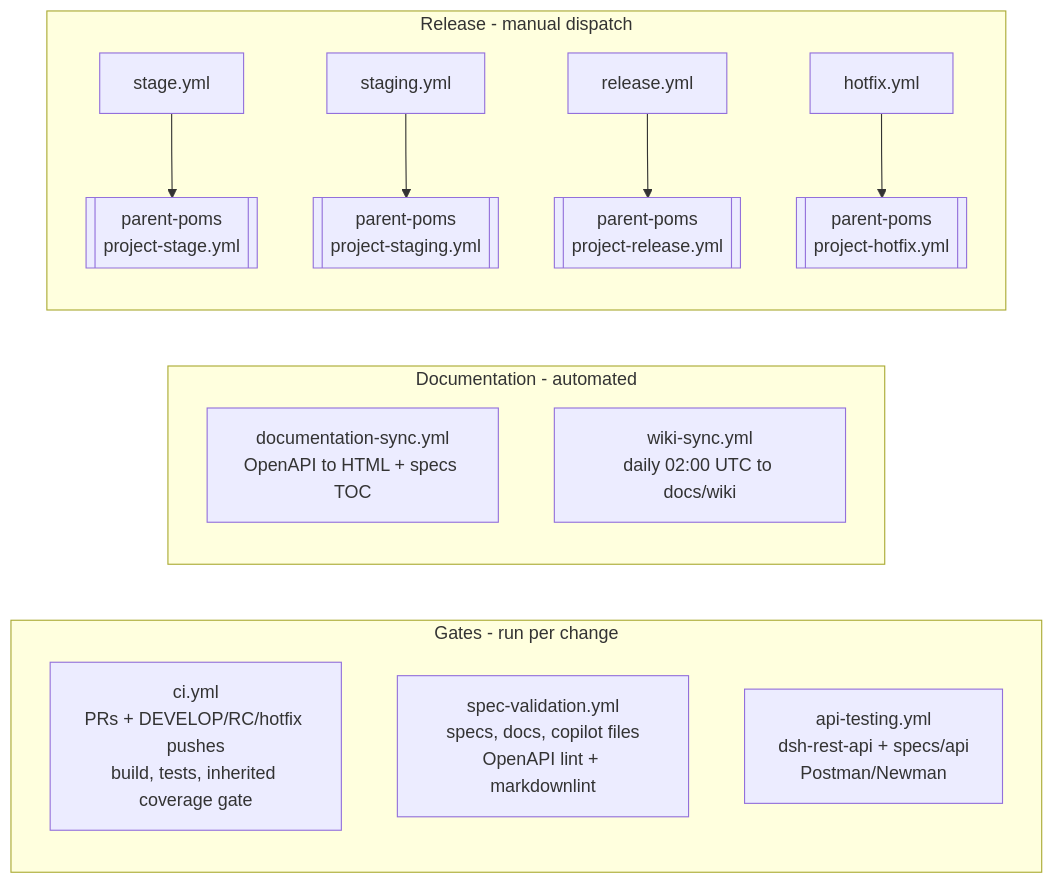
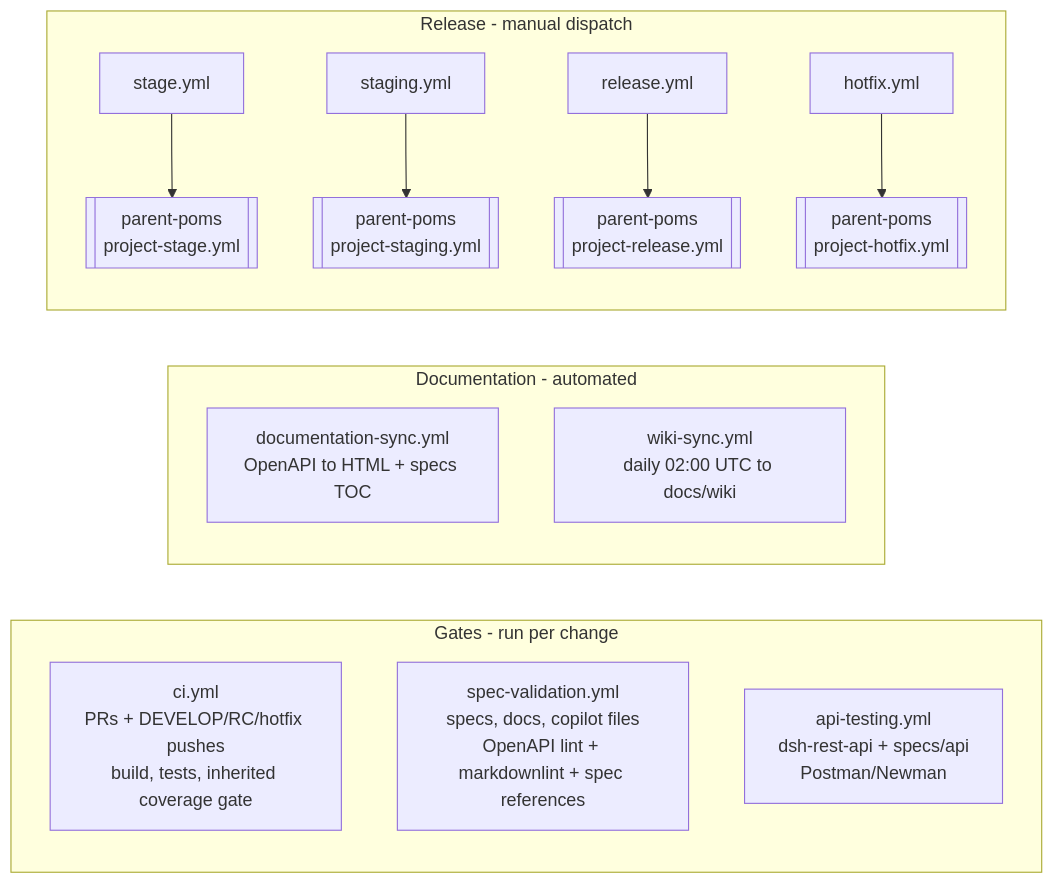
One commit to MRISS-Projects/dsh changed the second of 2 diagrams in docs/devops/README.md. Above: the diagram before and after it, drawn with Mermaid. The commit also changed other lines of this file and 5 other files, not shown here.

First line of the commit message:
ci(#94): make check-spec-references enforcing

````diff
--- a/docs/devops/README.md
+++ b/docs/devops/README.md
@@ -40,18 +40,18 @@
 ```mermaid
 flowchart LR
     subgraph gates["Gates - run per change"]
         CI["ci.yml<br/>PRs + DEVELOP/RC/hotfix pushes<br/>build, tests, inherited coverage gate"]
-        SV["spec-validation.yml<br/>specs, docs, copilot files<br/>OpenAPI lint + markdownlint"]
+        SV["spec-validation.yml<br/>specs, docs, copilot files<br/>OpenAPI lint + markdownlint + spec references"]
         AT["api-testing.yml<br/>dsh-rest-api + specs/api<br/>Postman/Newman"]
     end
     subgraph docs["Documentation - automated"]
         DS["documentation-sync.yml<br/>OpenAPI to HTML + specs TOC"]
         WS["wiki-sync.yml<br/>daily 02:00 UTC to docs/wiki"]
     end
     subgraph rel["Release - manual dispatch"]
         ST["stage.yml"] --> PP1[["parent-poms<br/>project-stage.yml"]]
         SG["staging.yml"] --> PP2[["parent-poms<br/>project-staging.yml"]]
         RL["release.yml"] --> PP3[["parent-poms<br/>project-release.yml"]]
         HF["hotfix.yml"] --> PP4[["parent-poms<br/>project-hotfix.yml"]]
     end
 ```
````
